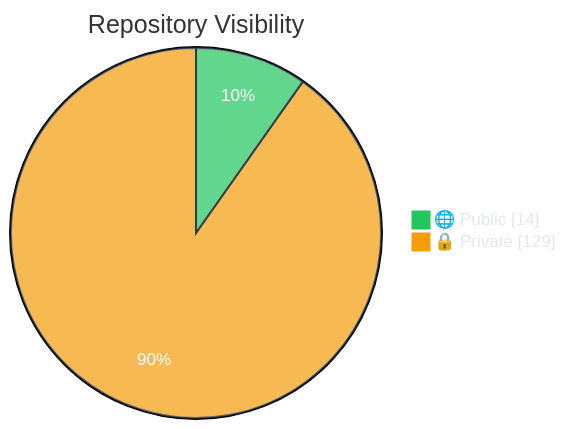
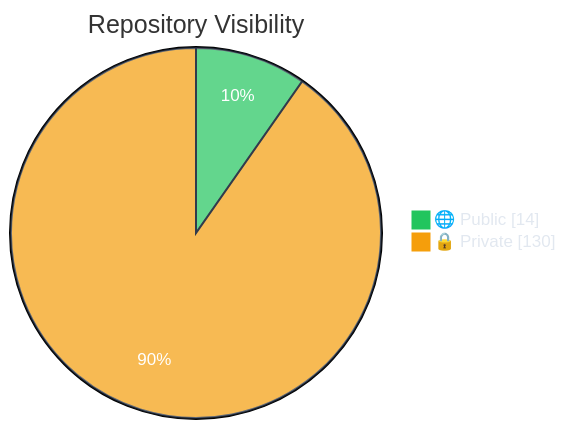
One commit to polo-nyan/polo-nyan changed the first of 7 diagrams in README.md. Above: the diagram before and after it, drawn with Mermaid. The commit also changed other lines of this file and 1 other file, not shown here.

````diff
--- a/README.md
+++ b/README.md
@@ -83,7 +83,7 @@
 ```mermaid
 %%{init: {"theme": "base", "themeVariables": { "pie1": "#22c55e", "pie2": "#f59e0b", "pie3": "#3b82f6", "pie4": "#ec4899", "pieTextColor": "#ffffff", "pieLegendTextColor": "#e2e8f0", "pieSectionTextColor": "#ffffff", "pieStrokeColor": "#1e293b" }}}%%
 pie showData
     title Repository Visibility
     "🌐 Public" : 14
-    "🔒 Private" : 129
+    "🔒 Private" : 130
 ```
````
